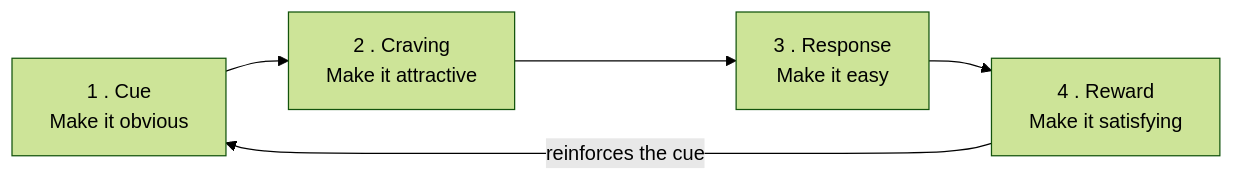
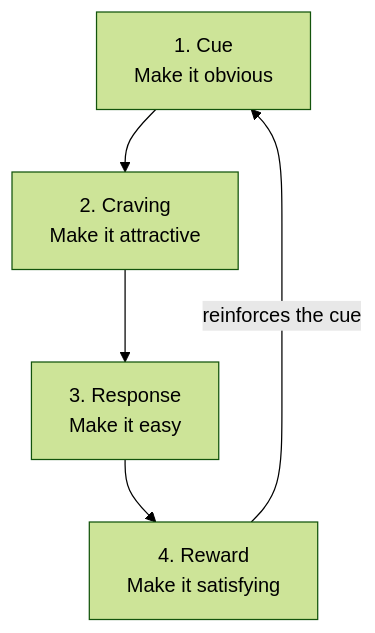
Before and after one commit to leotansingapore/aia-product-compass-hub: the diagram in docs/first-60-days/week-1/day-06.md, drawn with Mermaid (forest theme). The commit also changed 56 other files, not shown here.

Commit message:
Readability pass across first-60-days: styled HTML to tables/diagrams, cleaner formatting, no leaked metadata

````diff
--- a/docs/first-60-days/week-1/day-06.md
+++ b/docs/first-60-days/week-1/day-06.md
@@ -78,7 +78,7 @@
 ```mermaid
-flowchart LR
-    A["1 . Cue<br/>Make it obvious"] --> B["2 . Craving<br/>Make it attractive"]
-    B --> C["3 . Response<br/>Make it easy"]
-    C --> D["4 . Reward<br/>Make it satisfying"]
-    D -->|reinforces the cue| A
+flowchart TD
+    A["1. Cue<br/>Make it obvious"] --> B["2. Craving<br/>Make it attractive"]
+    B --> C["3. Response<br/>Make it easy"]
+    C --> D["4. Reward<br/>Make it satisfying"]
+    D -->|"reinforces the cue"| A
 ```
````
